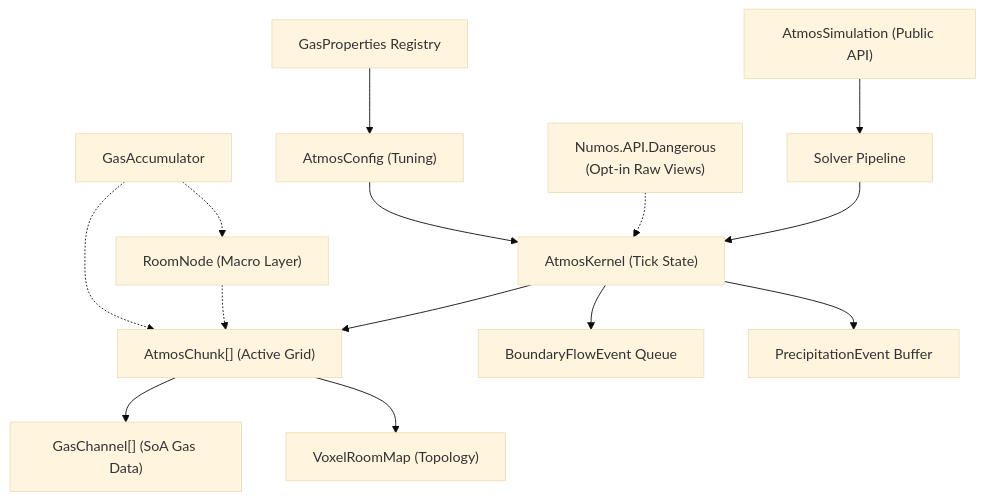
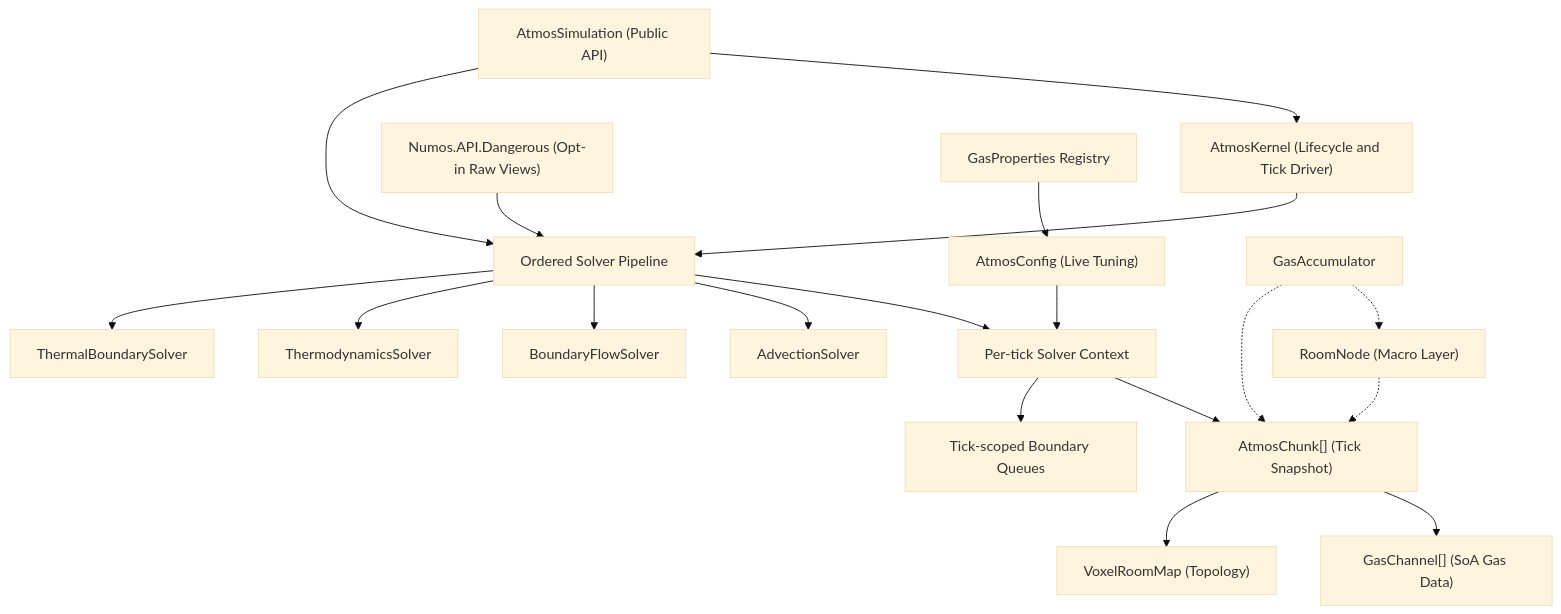
One commit to ArtisticRoomba/Numos changed the diagram in docs/atmospherics_technical_documentation.md. Above: the diagram before and after it, drawn with Mermaid (base theme). The commit also changed other lines of this file and 17 other files, not shown here.

Commit message:
Minimize AtmosKernel.cs, preferring to break up complex logic into atomic files.

````diff
--- a/docs/atmospherics_technical_documentation.md
+++ b/docs/atmospherics_technical_documentation.md
@@ -70,17 +70,21 @@
 ```mermaid
 graph TD
-    API["AtmosSimulation (Public API)"] --> PIPE["Solver Pipeline"]
-    PIPE --> A["AtmosKernel (Tick State)"]
-    DANGER["Numos.API.Dangerous
-    (Opt-in Raw Views)"] -.-> A
-    A --> B["AtmosChunk[] (Active Grid)"]
+    API["AtmosSimulation (Public API)"] --> KERNEL["AtmosKernel (Lifecycle and Tick Driver)"]
+    API --> PIPE["Ordered Solver Pipeline"]
+    DANGER["Numos.API.Dangerous (Opt-in Raw Views)"] --> PIPE
+    KERNEL --> PIPE
+    PIPE --> CTX["Per-tick Solver Context"]
+    PIPE --> A["AdvectionSolver"]
+    PIPE --> BOUNDARY["BoundaryFlowSolver"]
+    PIPE --> THERMO["ThermodynamicsSolver"]
+    PIPE --> THERMAL["ThermalBoundarySolver"]
+    CTX --> B["AtmosChunk[] (Tick Snapshot)"]
+    CTX --> E["Tick-scoped Boundary Queues"]
     B --> C["GasChannel[] (SoA Gas Data)"]
     B --> D["VoxelRoomMap (Topology)"]
-    A --> E["BoundaryFlowEvent Queue"]
-    A --> F["PrecipitationEvent Buffer"]
-    G["AtmosConfig (Tuning)"] --> A
+    G["AtmosConfig (Live Tuning)"] --> CTX
     H["GasProperties Registry"] --> G
     I["RoomNode (Macro Layer)"] -.-> B
     J["GasAccumulator"] -.-> I
     J -.-> B
 ```
````
